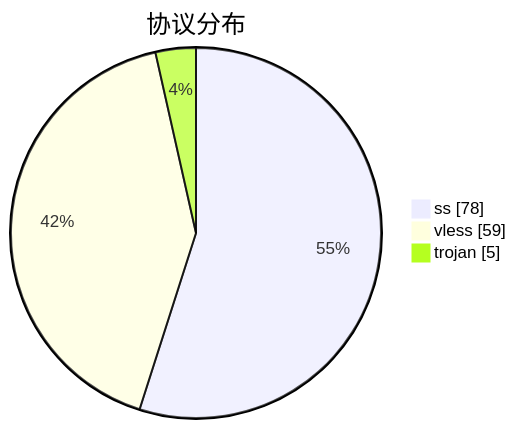
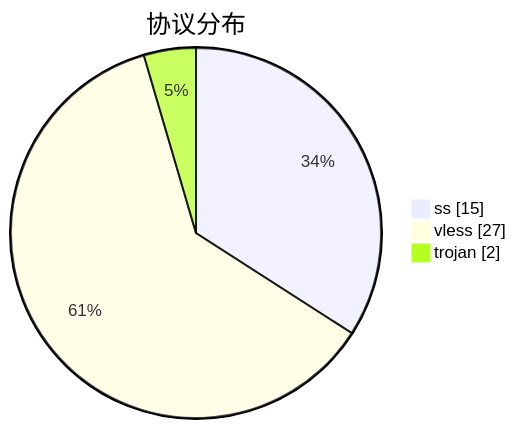
Before and after one commit to qjlxg/airport: the third of 3 diagrams in subs/statistics/tested_within.md, drawn with Mermaid. The commit also changed other lines of this file and 2 other files, not shown here.

````diff
--- a/subs/statistics/tested_within.md
+++ b/subs/statistics/tested_within.md
@@ -29,7 +24,7 @@
 ```mermaid
 pie showData
 title 协议分布
-"ss" : 78
-"vless" : 59
-"trojan" : 5
+"ss" : 15
+"vless" : 27
+"trojan" : 2
 ```
````
